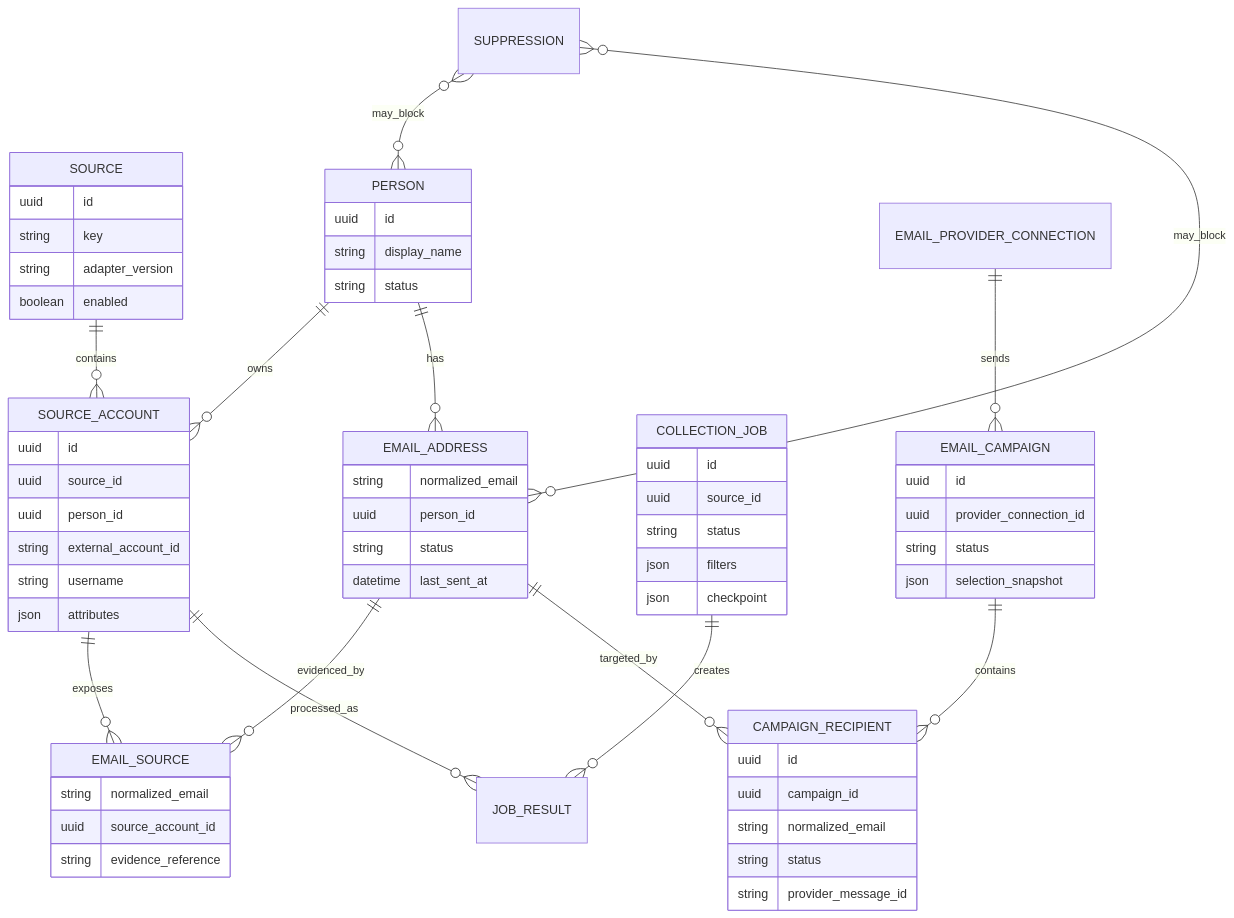
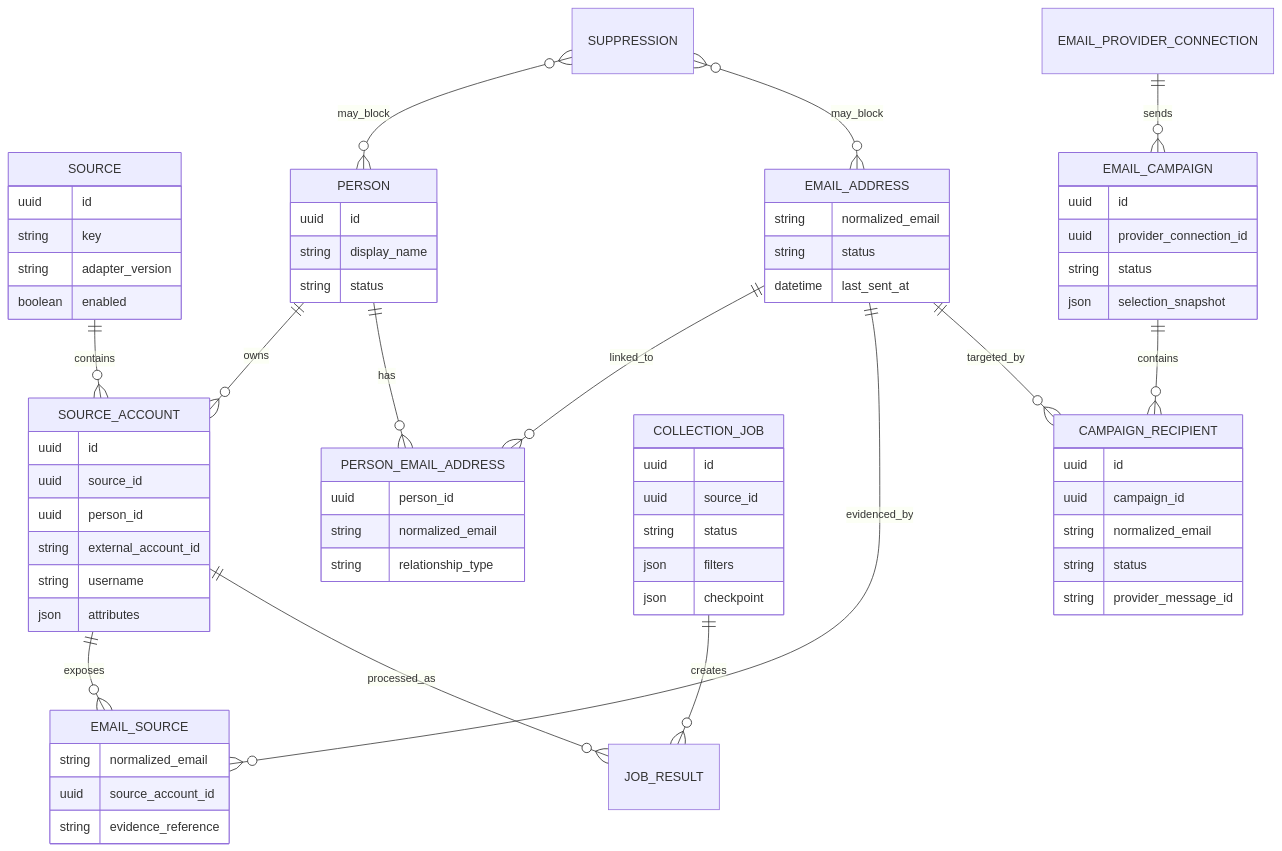
The second of 4 diagrams in ARCHITECTURE.md (WebCrazy003/email-fetch), drawn with Mermaid before and after one commit. The commit also changed other lines of this file and 3 other files, not shown here.

````diff
--- a/ARCHITECTURE.md
+++ b/ARCHITECTURE.md
@@ -173,66 +171,71 @@
 ```mermaid
 erDiagram
     SOURCE ||--o{ SOURCE_ACCOUNT : contains
     PERSON ||--o{ SOURCE_ACCOUNT : owns
-    PERSON ||--o{ EMAIL_ADDRESS : has
+    PERSON ||--o{ PERSON_EMAIL_ADDRESS : has
+    EMAIL_ADDRESS ||--o{ PERSON_EMAIL_ADDRESS : linked_to
     EMAIL_ADDRESS ||--o{ EMAIL_SOURCE : evidenced_by
     SOURCE_ACCOUNT ||--o{ EMAIL_SOURCE : exposes
     COLLECTION_JOB ||--o{ JOB_RESULT : creates
     SOURCE_ACCOUNT ||--o{ JOB_RESULT : processed_as
     EMAIL_PROVIDER_CONNECTION ||--o{ EMAIL_CAMPAIGN : sends
     EMAIL_CAMPAIGN ||--o{ CAMPAIGN_RECIPIENT : contains
     EMAIL_ADDRESS ||--o{ CAMPAIGN_RECIPIENT : targeted_by
     SUPPRESSION }o--o{ PERSON : may_block
     SUPPRESSION }o--o{ EMAIL_ADDRESS : may_block
 
     SOURCE {
       uuid id
       string key
       string adapter_version
       boolean enabled
     }
     PERSON {
       uuid id
       string display_name
       string status
     }
     SOURCE_ACCOUNT {
       uuid id
       uuid source_id
       uuid person_id
       string external_account_id
       string username
       json attributes
     }
     EMAIL_ADDRESS {
       string normalized_email
-      uuid person_id
       string status
       datetime last_sent_at
+    }
+    PERSON_EMAIL_ADDRESS {
+      uuid person_id
+      string normalized_email
+      string relationship_type
     }
     EMAIL_SOURCE {
       string normalized_email
       uuid source_account_id
       string evidence_reference
     }
     COLLECTION_JOB {
       uuid id
       uuid source_id
       string status
       json filters
       json checkpoint
     }
     EMAIL_CAMPAIGN {
       uuid id
       uuid provider_connection_id
       string status
       json selection_snapshot
     }
     CAMPAIGN_RECIPIENT {
       uuid id
       uuid campaign_id
       string normalized_email
       string status
       string provider_message_id
     }
 ```
````
